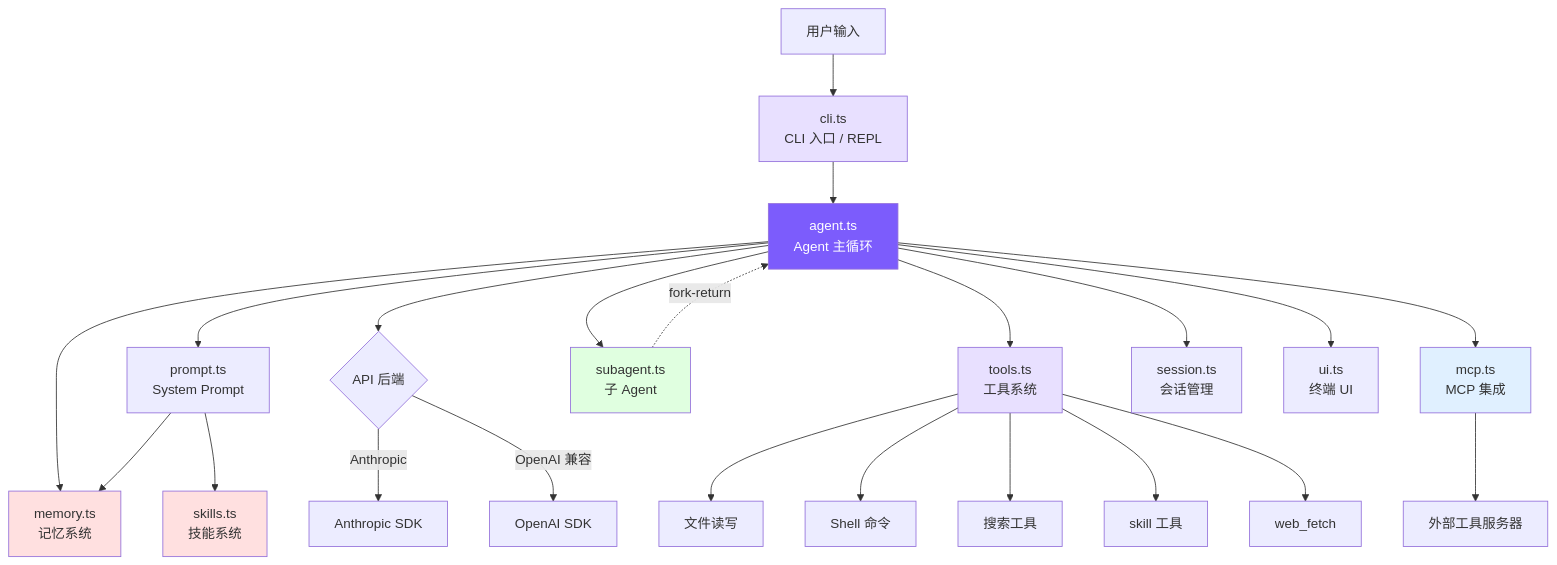
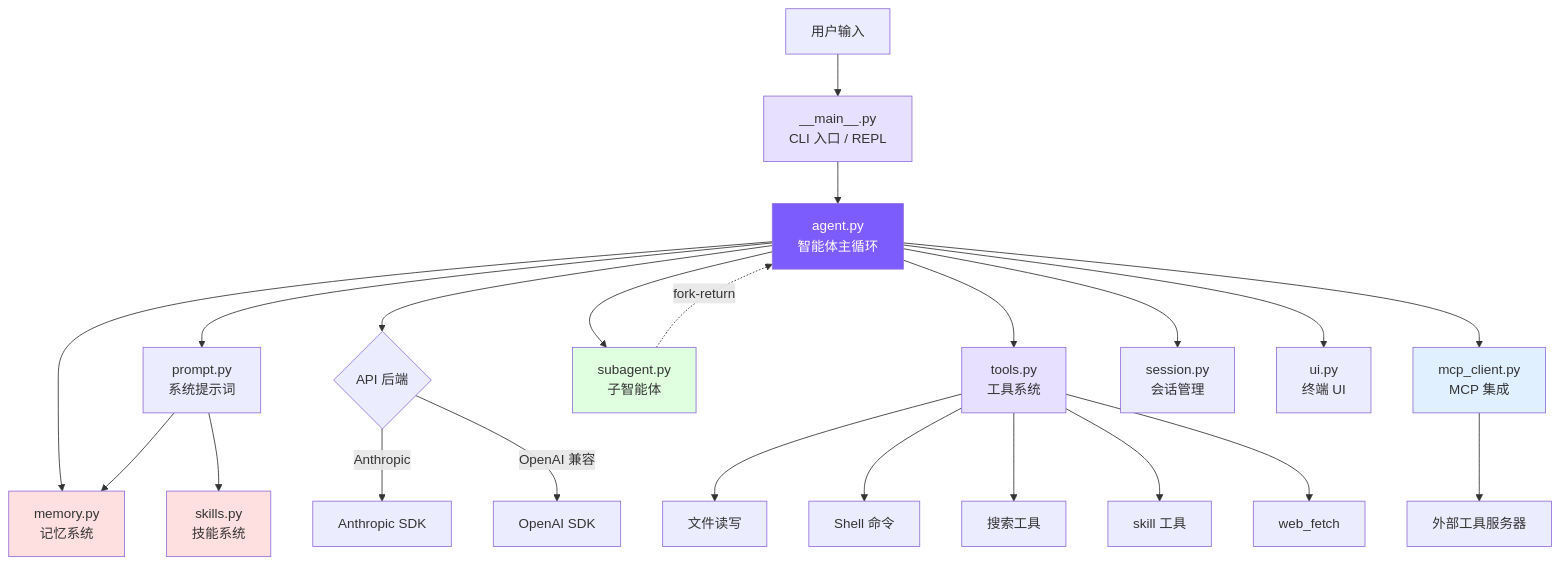
Before and after one commit to Kellin233/nano_code: the diagram in docs/00-introduction.md, drawn with Mermaid. The commit also changed other lines of this file and 114 other files, not shown here.

````diff
--- a/docs/00-introduction.md
+++ b/docs/00-introduction.md
@@ -55,32 +69,32 @@
 ```mermaid
 graph TB
-    User[用户输入] --> CLI[cli.ts<br/>CLI 入口 / REPL]
-    CLI --> Agent[agent.ts<br/>Agent 主循环]
-    Agent --> Prompt[prompt.ts<br/>System Prompt]
+    User[用户输入] --> CLI[__main__.py<br/>CLI 入口 / REPL]
+    CLI --> Agent[agent.py<br/>智能体主循环]
+    Agent --> Prompt[prompt.py<br/>系统提示词]
     Agent --> API{API 后端}
     API -->|Anthropic| AnthropicSDK[Anthropic SDK]
     API -->|OpenAI 兼容| OpenAISDK[OpenAI SDK]
-    Agent --> Tools[tools.ts<br/>工具系统]
+    Agent --> Tools[tools.py<br/>工具系统]
     Tools --> FS[文件读写]
     Tools --> Shell[Shell 命令]
     Tools --> Search[搜索工具]
     Tools --> SkillTool[skill 工具]
     Tools --> WebFetch[web_fetch]
-    Agent --> SubAgent[subagent.ts<br/>子 Agent]
+    Agent --> SubAgent[subagent.py<br/>子智能体]
     SubAgent -.->|fork-return| Agent
-    Agent --> Memory[memory.ts<br/>记忆系统]
+    Agent --> Memory[memory.py<br/>记忆系统]
     Prompt --> Memory
-    Prompt --> Skills[skills.ts<br/>技能系统]
-    Agent --> MCP[mcp.ts<br/>MCP 集成]
+    Prompt --> Skills[skills.py<br/>技能系统]
+    Agent --> MCP[mcp_client.py<br/>MCP 集成]
     MCP --> ExtTools[外部工具服务器]
-    Agent --> Session[session.ts<br/>会话管理]
-    Agent --> UI[ui.ts<br/>终端 UI]
+    Agent --> Session[session.py<br/>会话管理]
+    Agent --> UI[ui.py<br/>终端 UI]
 
     style Agent fill:#7c5cfc,color:#fff
     style Tools fill:#e8e0ff
     style CLI fill:#e8e0ff
     style Memory fill:#ffe0e0
     style Skills fill:#ffe0e0
     style SubAgent fill:#e0ffe0
     style MCP fill:#e0f0ff
 ```
````
